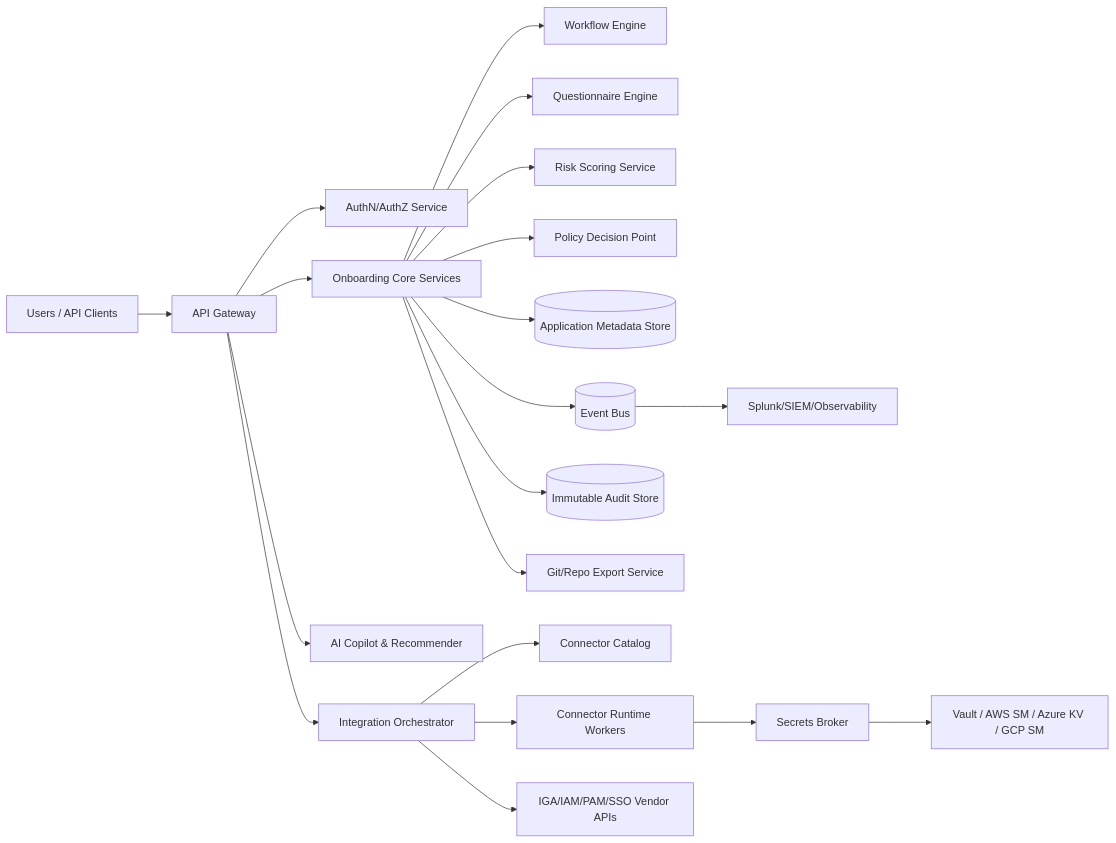
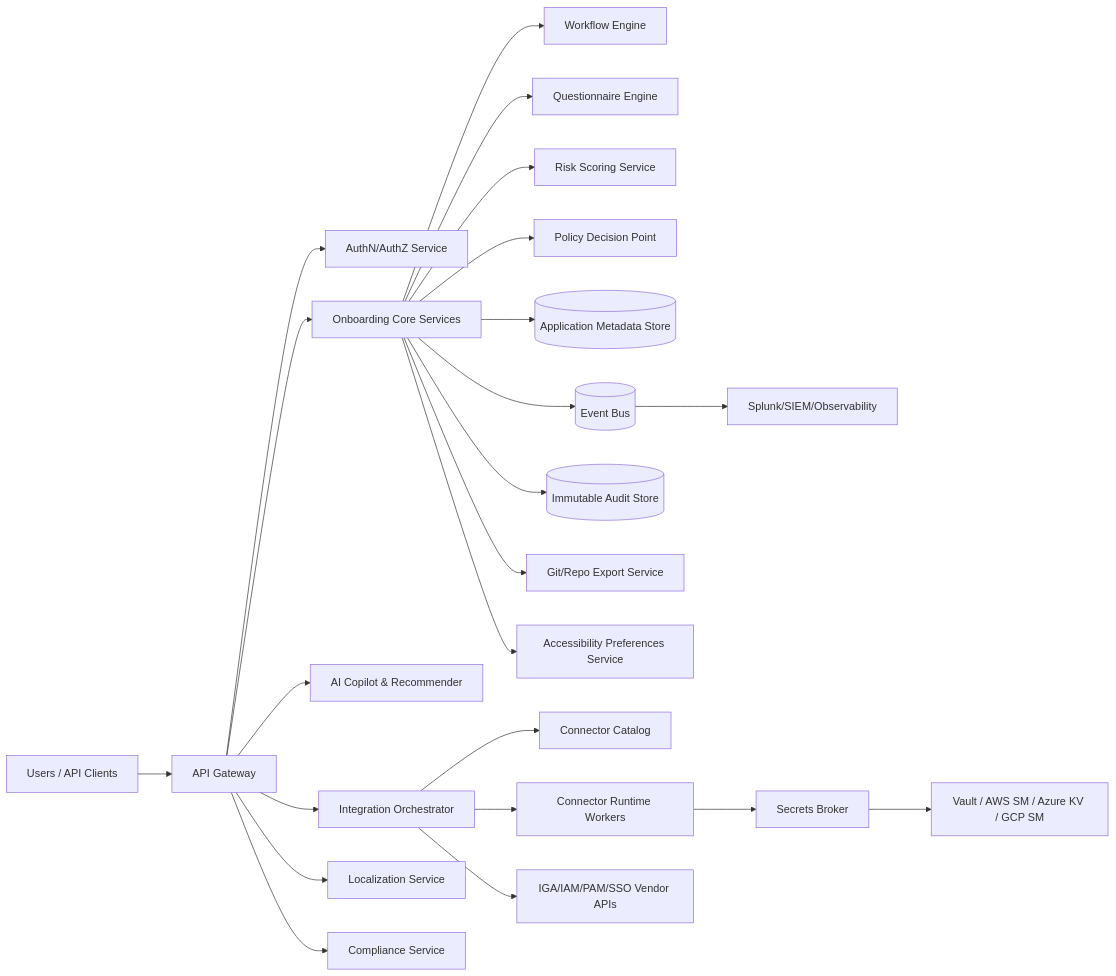
One commit to nddhruva/JY_FirstRepo changed the diagram in docs/02-reference-architecture.md. Above: the diagram before and after it, drawn with Mermaid. The commit also changed other lines of this file and 15 other files, not shown here.

Commit message:
Add localization, accessibility, and full product documentation

````diff
--- a/docs/02-reference-architecture.md
+++ b/docs/02-reference-architecture.md
@@ -5,26 +5,29 @@
 ```mermaid
 flowchart LR
   U[Users / API Clients] --> APIGW[API Gateway]
   APIGW --> AUTH[AuthN/AuthZ Service]
   APIGW --> CORE[Onboarding Core Services]
   APIGW --> AI[AI Copilot & Recommender]
   APIGW --> INT[Integration Orchestrator]
+  APIGW --> LOC[Localization Service]
+  APIGW --> COMP[Compliance Service]
 
   CORE --> WF[Workflow Engine]
   CORE --> Q[Questionnaire Engine]
   CORE --> RISK[Risk Scoring Service]
   CORE --> POLICY[Policy Decision Point]
   CORE --> STORE[(Application Metadata Store)]
 
   INT --> CATALOG[Connector Catalog]
   INT --> RUNNER[Connector Runtime Workers]
   INT --> VENDORS[IGA/IAM/PAM/SSO Vendor APIs]
 
   RUNNER --> SECBROKER[Secrets Broker]
   SECBROKER --> EXTSEC[Vault / AWS SM / Azure KV / GCP SM]
 
   CORE --> EVENTBUS[(Event Bus)]
   EVENTBUS --> SIEM[Splunk/SIEM/Observability]
   CORE --> AUDIT[(Immutable Audit Store)]
   CORE --> EXPORT[Git/Repo Export Service]
+  CORE --> A11Y[Accessibility Preferences Service]
 ```
````
